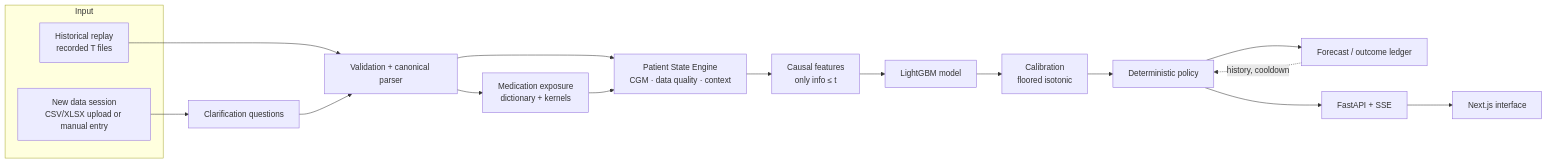
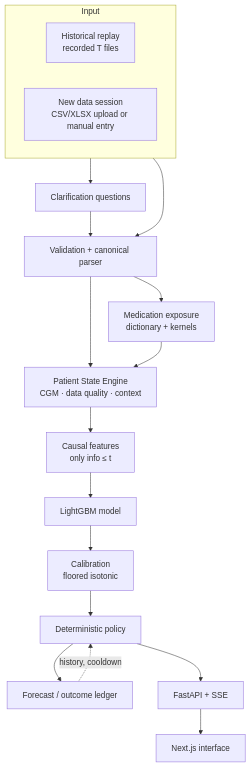
Before and after one commit to yug-birla/HypoSense-Twin: the first of 2 diagrams in README.md, drawn with Mermaid.

Commit message:
README: render the runtime diagram top-down for readability on GitHub

````diff
--- a/README.md
+++ b/README.md
@@ -291,20 +291,21 @@
 ```mermaid
-flowchart LR
+flowchart TB
   subgraph IN["Input"]
+    direction LR
     R["Historical replay<br/>recorded T files"]
     U["New data session<br/>CSV/XLSX upload or manual entry"]
   end
   R --> V["Validation + canonical parser"]
   U --> Q["Clarification questions"] --> V
   V --> S["Patient State Engine<br/>CGM · data quality · context"]
   V --> M["Medication exposure<br/>dictionary + kernels"]
   M --> S
   S --> F["Causal features<br/>only info ≤ t"]
   F --> L["LightGBM model"]
   L --> C["Calibration<br/>floored isotonic"]
   C --> P["Deterministic policy"]
   P --> O["Forecast / outcome ledger"]
   O -. "history, cooldown" .-> P
   P --> A["FastAPI + SSE"]
   A --> UI["Next.js interface"]
 ```
````
